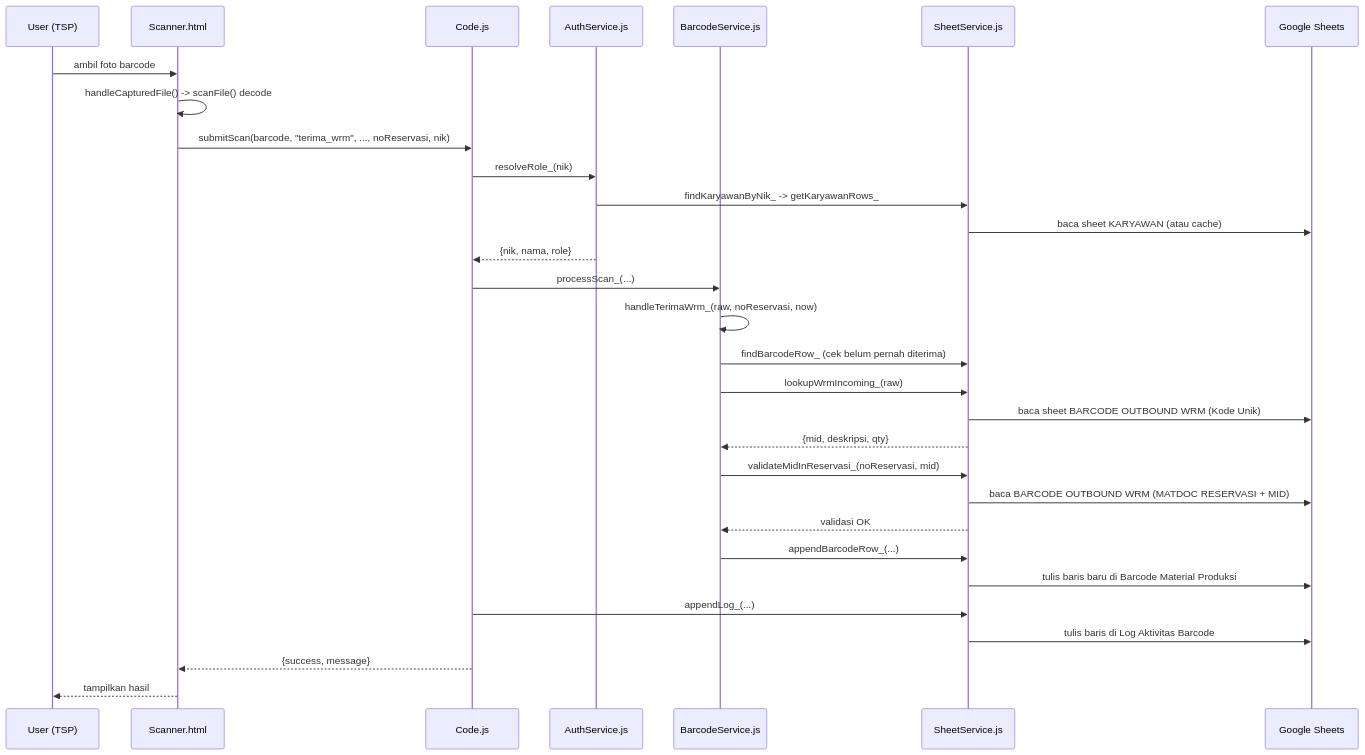
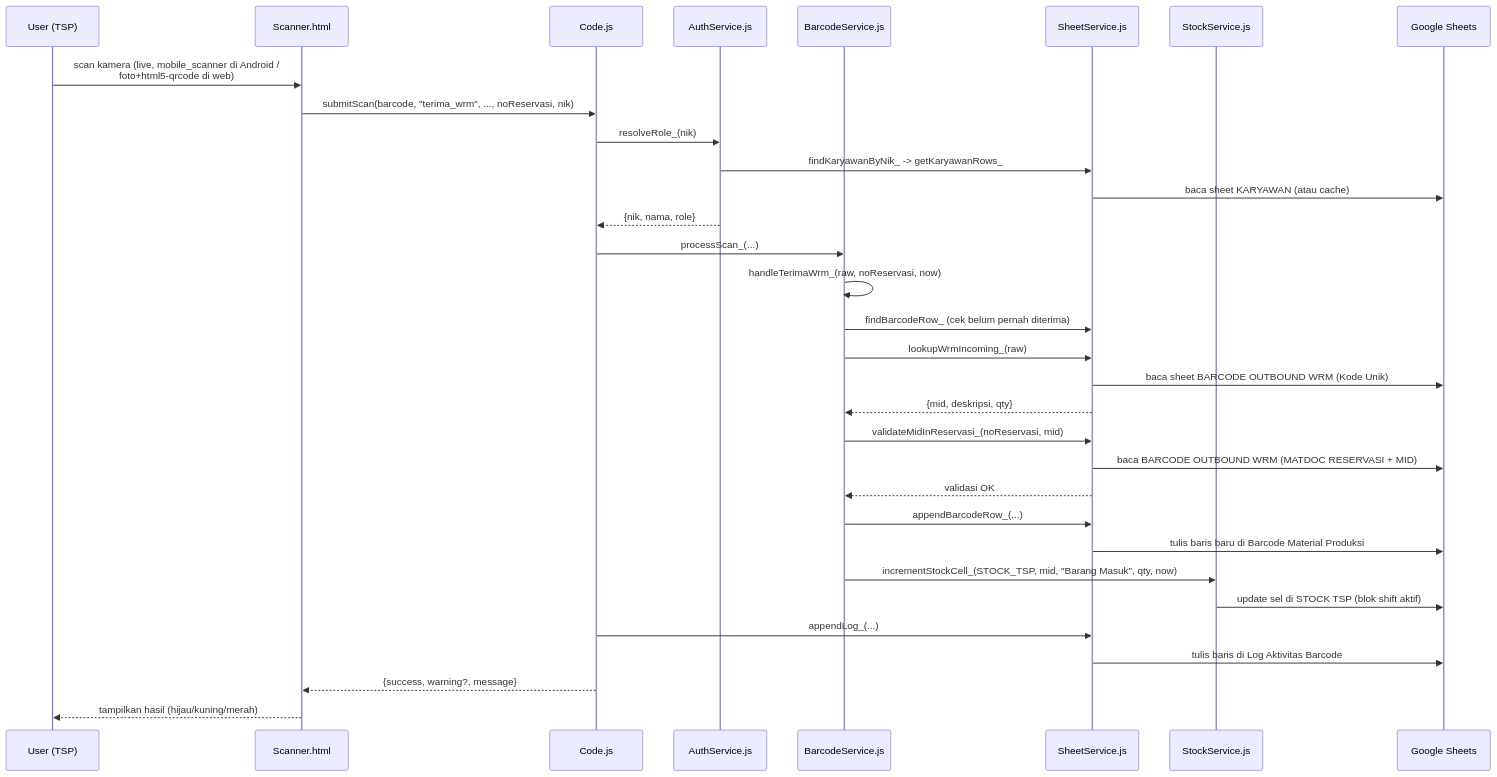
One commit to imannurchaedi-max/TSP changed the fourth of 5 diagrams in dokumentasi/DEPENDENCY_MAP.md. Above: the diagram before and after it, drawn with Mermaid. The commit also changed other lines of this file and 6 other files, not shown here.

````diff
--- a/dokumentasi/DEPENDENCY_MAP.md
+++ b/dokumentasi/DEPENDENCY_MAP.md
@@ -87,33 +115,35 @@
 ```mermaid
 sequenceDiagram
   participant U as User (TSP)
   participant Scanner as Scanner.html
   participant Code as Code.js
   participant Auth as AuthService.js
   participant Barcode as BarcodeService.js
   participant Sheet as SheetService.js
+  participant Stock as StockService.js
   participant GS as Google Sheets
 
-  U->>Scanner: ambil foto barcode
-  Scanner->>Scanner: handleCapturedFile() -> scanFile() decode
+  U->>Scanner: scan kamera (live, mobile_scanner di Android /<br/>foto+html5-qrcode di web)
   Scanner->>Code: submitScan(barcode, "terima_wrm", ..., noReservasi, nik)
   Code->>Auth: resolveRole_(nik)
   Auth->>Sheet: findKaryawanByNik_ -> getKaryawanRows_
   Sheet->>GS: baca sheet KARYAWAN (atau cache)
   Auth-->>Code: {nik, nama, role}
   Code->>Barcode: processScan_(...)
   Barcode->>Barcode: handleTerimaWrm_(raw, noReservasi, now)
   Barcode->>Sheet: findBarcodeRow_ (cek belum pernah diterima)
   Barcode->>Sheet: lookupWrmIncoming_(raw)
   Sheet->>GS: baca sheet BARCODE OUTBOUND WRM (Kode Unik)
   Sheet-->>Barcode: {mid, deskripsi, qty}
   Barcode->>Sheet: validateMidInReservasi_(noReservasi, mid)
   Sheet->>GS: baca BARCODE OUTBOUND WRM (MATDOC RESERVASI + MID)
   Sheet-->>Barcode: validasi OK
   Barcode->>Sheet: appendBarcodeRow_(...)
   Sheet->>GS: tulis baris baru di Barcode Material Produksi
+  Barcode->>Stock: incrementStockCell_(STOCK_TSP, mid, "Barang Masuk", qty, now)
+  Stock->>GS: update sel di STOCK TSP (blok shift aktif)
   Code->>Sheet: appendLog_(...)
   Sheet->>GS: tulis baris di Log Aktivitas Barcode
-  Code-->>Scanner: {success, message}
-  Scanner-->>U: tampilkan hasil
+  Code-->>Scanner: {success, warning?, message}
+  Scanner-->>U: tampilkan hasil (hijau/kuning/merah)
 ```
````
